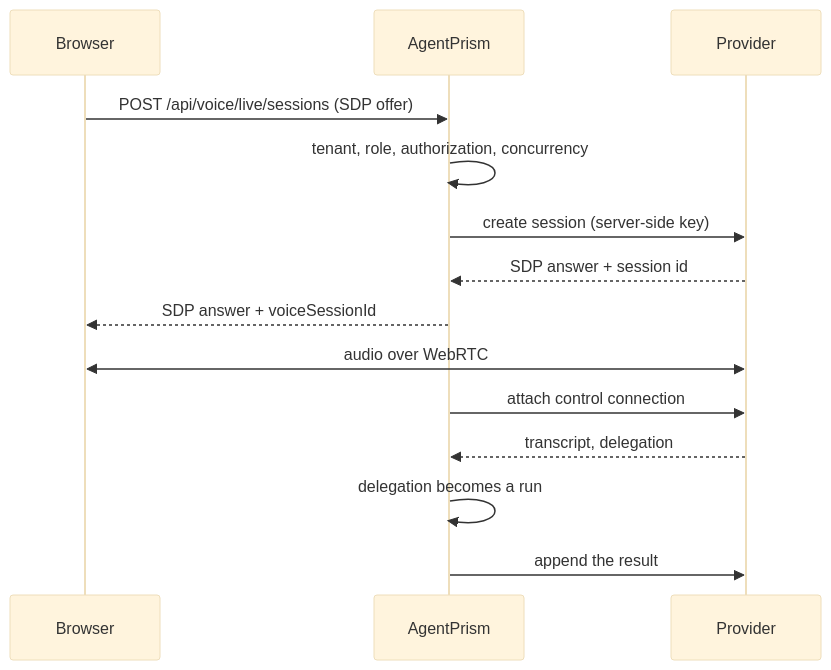
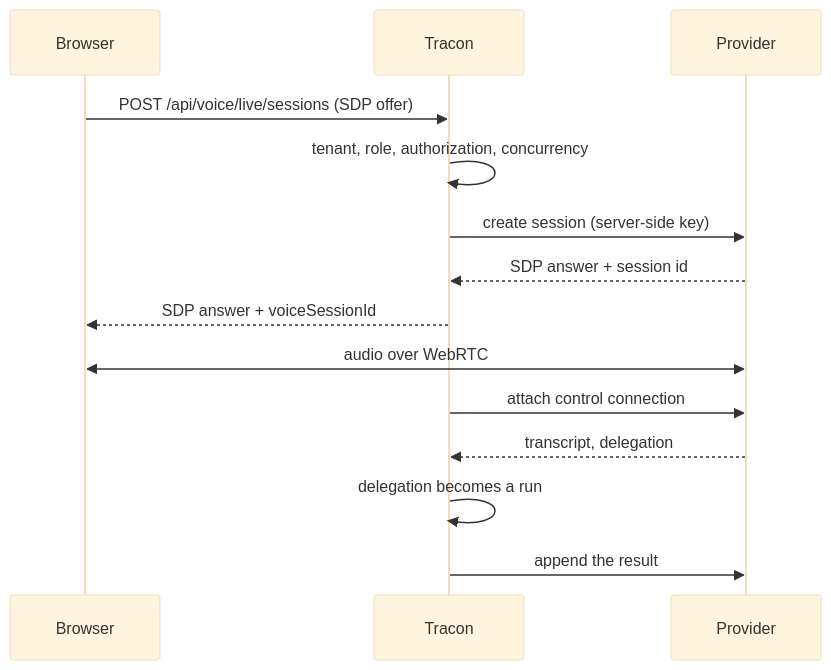
One commit to farukatasoy/Tracon changed the second of 2 diagrams in docs-site/src/content/docs/guides/voice.md. Above: the diagram before and after it, drawn with Mermaid (base theme). The commit also changed other lines of this file and 4170 other files, not shown here.

Commit message:
feat: rename the product from AgentPrism to Tracon

````diff
--- a/docs-site/src/content/docs/guides/voice.md
+++ b/docs-site/src/content/docs/guides/voice.md
@@ -256,18 +256,18 @@
 ```mermaid
 sequenceDiagram
     accTitle: How a provider-hosted live voice session is created and supervised
-    accDescr: The browser sends an SDP offer to AgentPrism, which applies its gates and creates the session at the provider with its own key. The answer goes back to the browser, which then exchanges audio directly with the provider. AgentPrism separately attaches a control connection and converts each delegation into an ordinary run.
+    accDescr: The browser sends an SDP offer to Tracon, which applies its gates and creates the session at the provider with its own key. The answer goes back to the browser, which then exchanges audio directly with the provider. Tracon separately attaches a control connection and converts each delegation into an ordinary run.
     participant B as Browser
-    participant A as AgentPrism
+    participant A as Tracon
     participant P as Provider
     B->>A: POST /api/voice/live/sessions (SDP offer)
     A->>A: tenant, role, authorization, concurrency
     A->>P: create session (server-side key)
     P-->>A: SDP answer + session id
     A-->>B: SDP answer + voiceSessionId
     B<<->>P: audio over WebRTC
     A->>P: attach control connection
     P-->>A: transcript, delegation
     A->>A: delegation becomes a run
     A->>P: append the result
 ```
````
